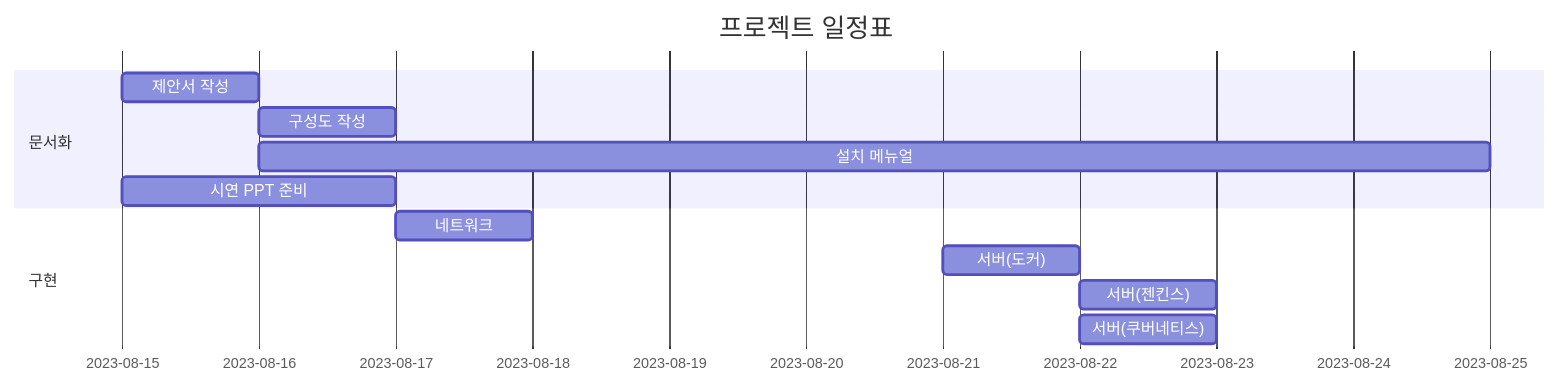
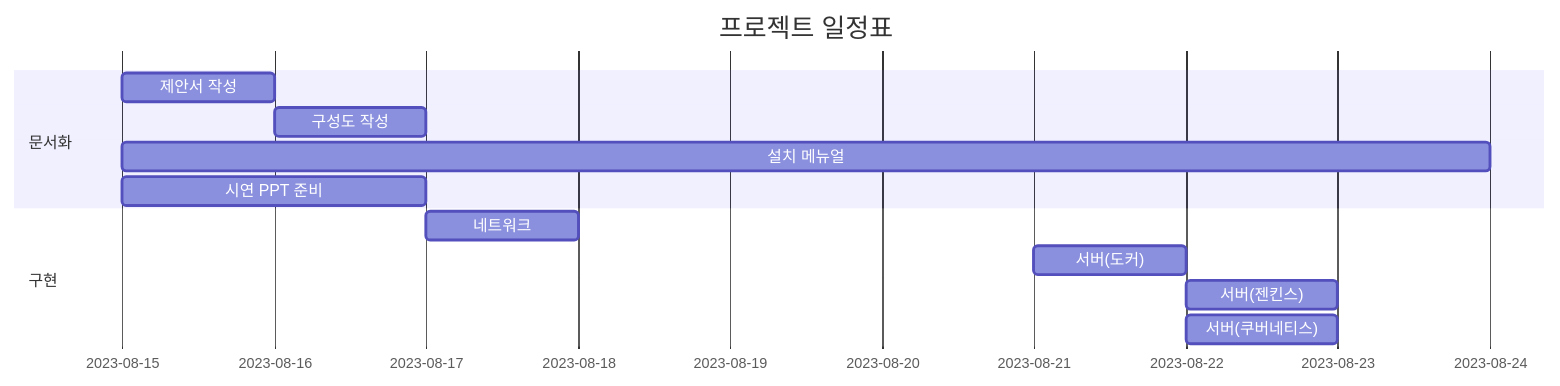
Before and after one commit to KimJeongHoon190/First_Project: the diagram in README.md, drawn with Mermaid.

````diff
--- a/README.md
+++ b/README.md
@@ -4,16 +4,16 @@
 ```mermaid
 gantt
     title 프로젝트 일정표
     dateFormat  YYYY-MM-DD
     section 문서화
     제안서 작성  : a1, 2023-08-15, 1d
     구성도 작성  : after a1, 1d
-    설치 메뉴얼 : after a1, 9d
-    시연 PPT 준비 : after a2, 2d
+    설치 메뉴얼 : after a2, 9d
+    시연 PPT 준비 : after a3, 2d
 
     section 구현
     네트워크     : b1, 2023-08-17, 1d
     서버(도커) : b2, 2023-08-21, 1d
     서버(젠킨스) :after b2 , 1d
     서버(쿠버네티스) : after b2, 1d
 ```
````
